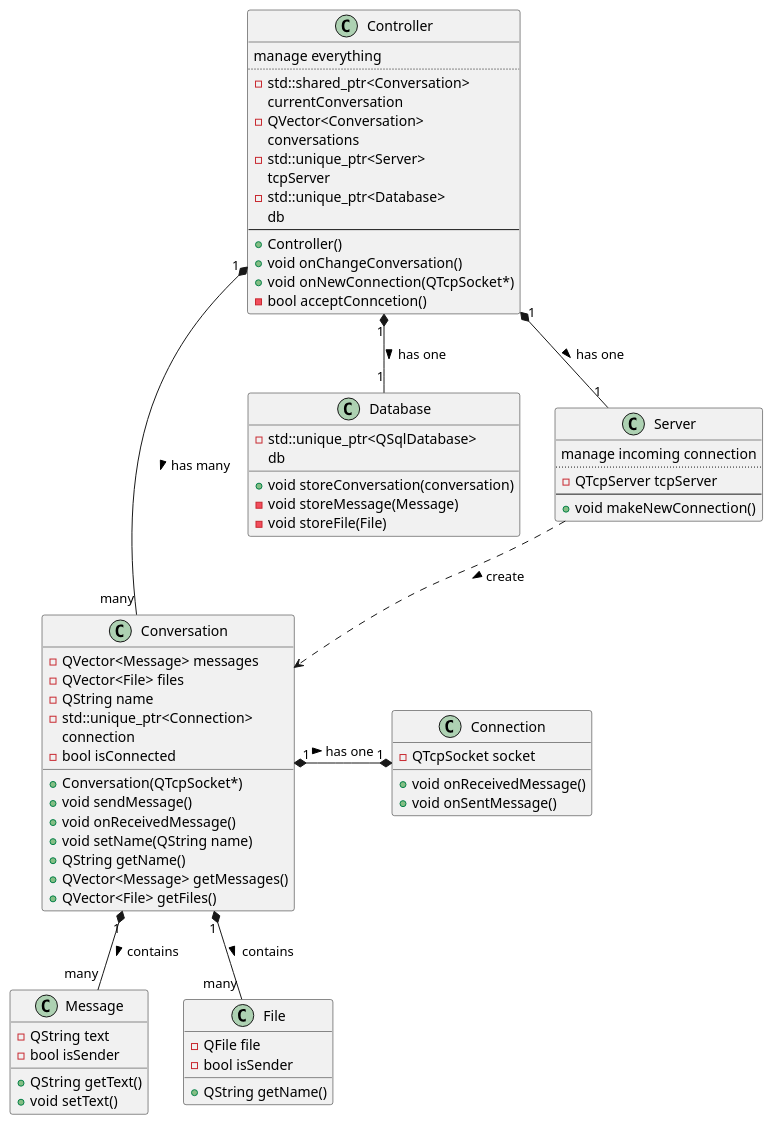
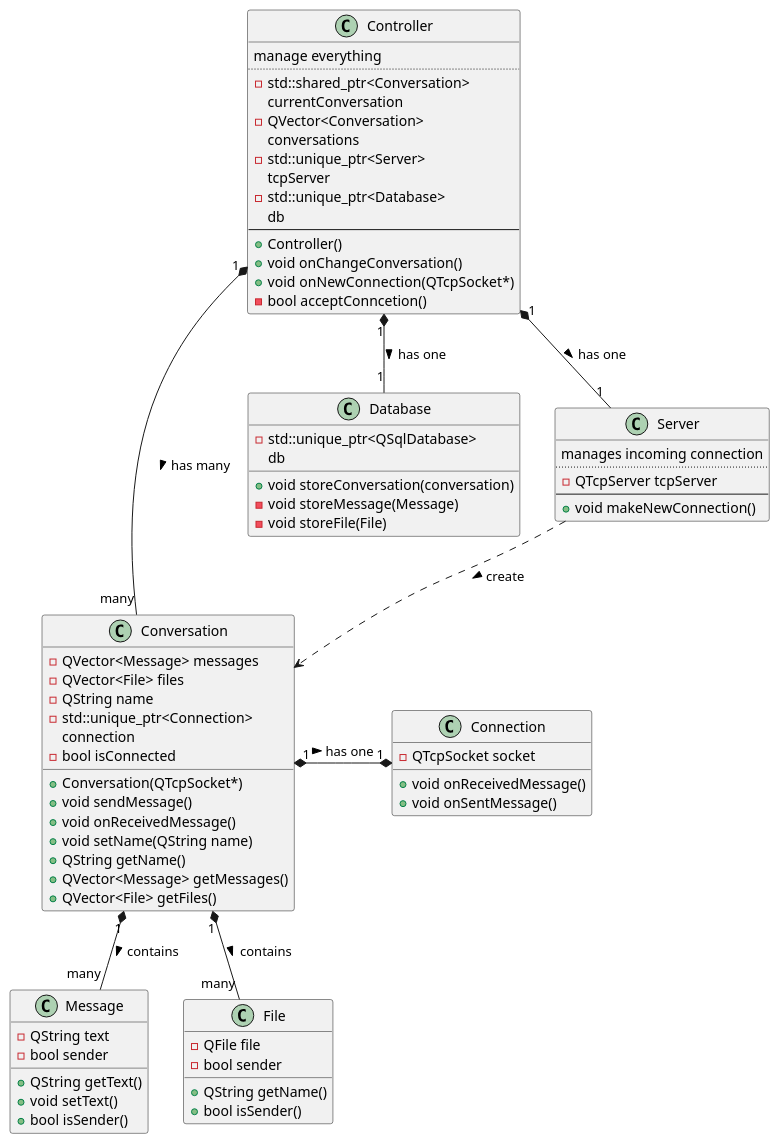
One commit to dstopka/p2p-communicator changed the diagram in uml/diagram.puml. Above: the diagram before and after it, drawn with PlantUML.

Commit message:
Cosmetic changes in uml

```diff
--- a/uml/diagram.puml
+++ b/uml/diagram.puml
@@ -2,88 +2,90 @@
 @startuml
 
 class Controller
 class Database
 class Conversation
 class Message
 class Server
 class Connection
 class File
 
 Controller "1" *-- "many" Conversation : has many >
 Controller "1" *-- "1" Database : has one >
 Controller "1" *-- "1" Server : has one >
 Conversation "1" *-- "many" Message : contains >
 Conversation "1" *-- "many" File : contains >
 Server ..> Conversation : create >
 Conversation "1" *-* "1" Connection : has one >
 
 class Controller {
 manage everything
 ..
 -std::shared_ptr<Conversation>
 currentConversation
 -QVector<Conversation>
 conversations
 -std::unique_ptr<Server>
 tcpServer
 -std::unique_ptr<Database>
 db
 --
 +Controller()
 +void onChangeConversation()
 +void onNewConnection(QTcpSocket*)
 -bool acceptConncetion()
 }
 
 class Conversation {
 +Conversation(QTcpSocket*)
 +void sendMessage()
 +void onReceivedMessage()
 +void setName(QString name)
 +QString getName()
 +QVector<Message> getMessages()
 +QVector<File> getFiles()
 -QVector<Message> messages
 -QVector<File> files
 -QString name
 -std::unique_ptr<Connection>
 connection
 -bool isConnected
 }
 
 class Message {
 +QString getText()
 +void setText()
++bool isSender()
 -QString text
--bool isSender
+-bool sender
 }
 
 class Server {
-manage incoming connection
+manages incoming connection
 ..
 -QTcpServer tcpServer
 --
 +void makeNewConnection()
 }
 
 class Connection {
 +void onReceivedMessage()
 +void onSentMessage()
 -QTcpSocket socket
 }
 
 class File {
 +QString getName()
++bool isSender()
 -QFile file
--bool isSender
+-bool sender
 }
 
 class Database {
 -std::unique_ptr<QSqlDatabase>
 db
 +void storeConversation(conversation)
 -void storeMessage(Message)
 -void storeFile(File)
 }
 
 @enduml
```
